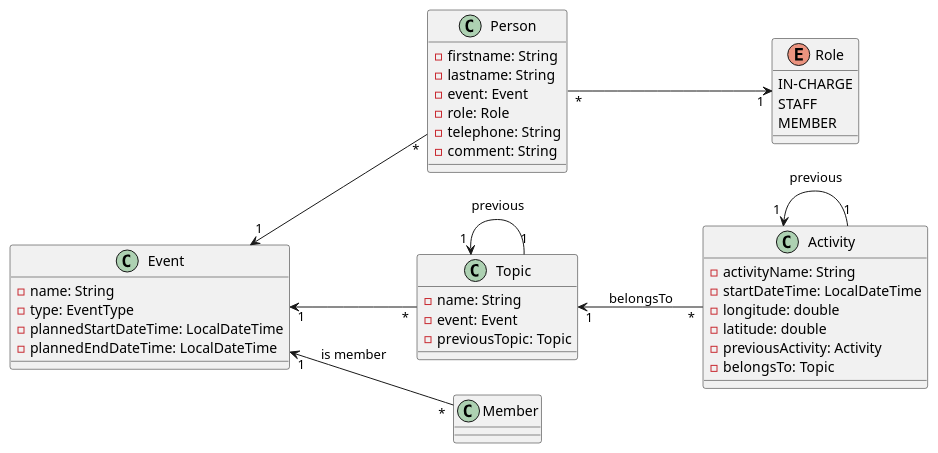
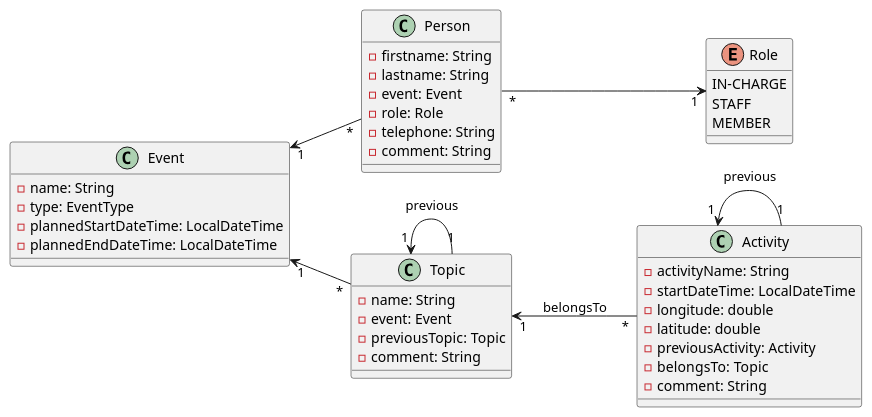
Before and after one commit to htl-leonding-project/2022-da-excursion-guide: the diagram in asciidocs/plantuml/cld.puml, drawn with PlantUML.

Commit message:
add comment-fields to cld

```diff
--- a/asciidocs/plantuml/cld.puml
+++ b/asciidocs/plantuml/cld.puml
@@ -1,51 +1,52 @@
 @startuml
 
 '!theme plain
 left to right direction
 'skinparam linetype ortho
 
 class Event {
   - name: String
   - type: EventType
   - plannedStartDateTime: LocalDateTime
   - plannedEndDateTime: LocalDateTime
 }
 
 class Person {
   - firstname: String
   - lastname: String
   - event: Event
   - role: Role
   - telephone: String
   - comment: String
 }
 
 class Topic {
   - name: String
   - event: Event
   - previousTopic: Topic
+  - comment: String
 }
 
 class Activity {
   - activityName: String
   - startDateTime: LocalDateTime
   - longitude: double
   - latitude: double
   - previousActivity: Activity
   - belongsTo: Topic
+  - comment: String
 }
 
 enum Role {
   IN-CHARGE
   STAFF
   MEMBER
 }
 
 Event        "1" <-- "*" Topic
 Event        "1" <-- "*" Person
-Event        "1" <-- "*" Member : "is member"
 Person        "*" --> "1" Role
 Activity     "1" <-- "1" Activity : previous
 Topic        "1" <-- "*" Activity : belongsTo
 Topic        "1" <-- "1" Topic : previous
 @enduml
```
